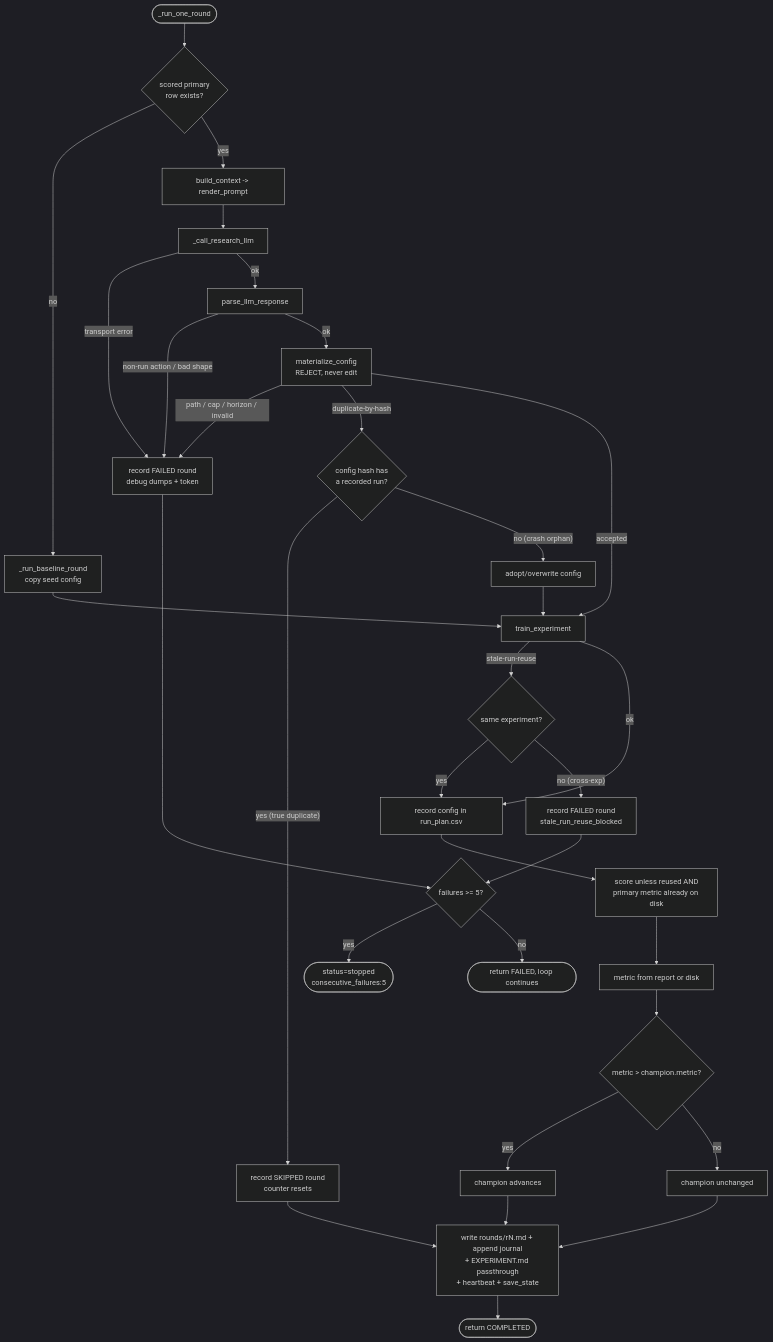
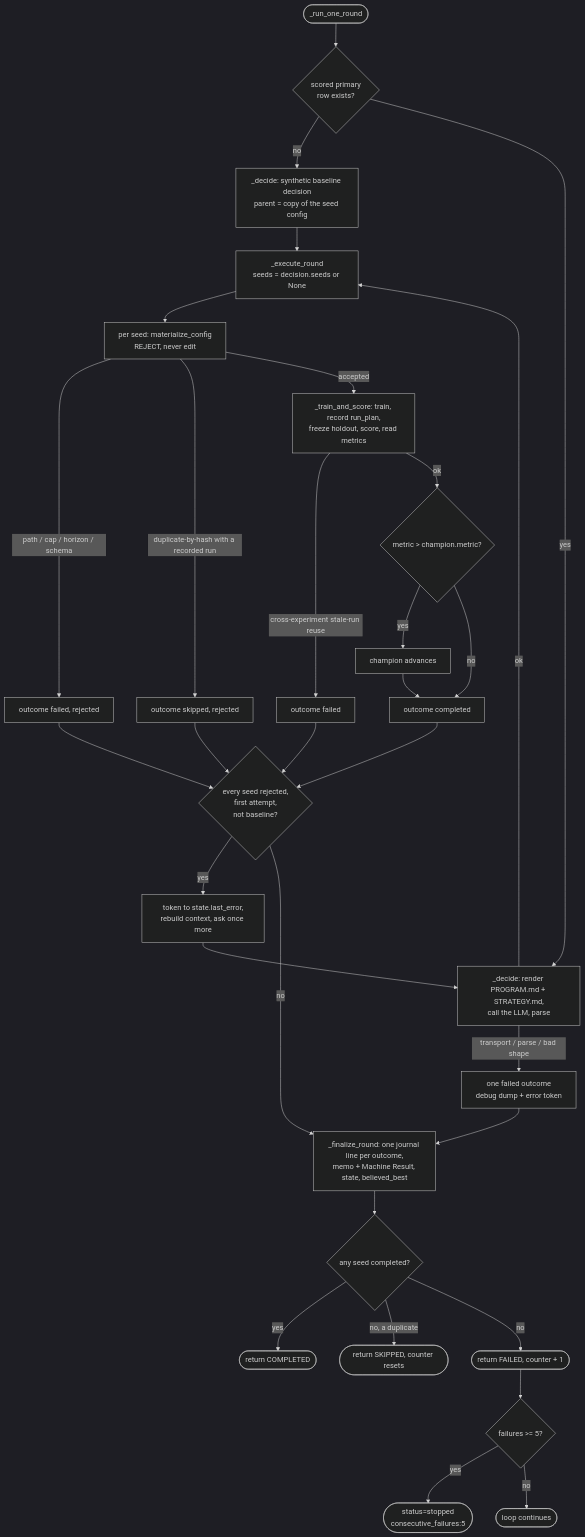
Before and after one commit to dshap474/numereng: the second of 2 diagrams in docs/numereng/reference/agentic-research-state-diagram.md, drawn with Mermaid (dark theme). The commit also changed other lines of this file and 1 other file, not shown here.

Commit message:
docs(agentic): redraw the round state diagram for the merged loop, fix a stale closeout path in the package-validation skill

````diff
--- a/docs/numereng/reference/agentic-research-state-diagram.md
+++ b/docs/numereng/reference/agentic-research-state-diagram.md
@@ -56,41 +58,36 @@
 ```mermaid
 flowchart TD
     Start([_run_one_round]) --> Base{scored primary<br/>row exists?}
 
-    Base -- no --> Baseline[_run_baseline_round<br/>copy seed config]
-    Baseline --> Train
+    Base -- no --> Baseline[_decide: synthetic baseline decision<br/>parent = copy of the seed config]
+    Base -- yes --> Ask[_decide: render PROGRAM.md + STRATEGY.md,<br/>call the LLM, parse]
 
-    Base -- yes --> Ctx[build_context -> render_prompt]
-    Ctx --> LLM[_call_research_llm]
-    LLM -- transport error --> Fail[record FAILED round<br/>debug dumps + token]
-    LLM -- ok --> Parse[parse_llm_response]
-    Parse -- non-run action / bad shape --> Fail
-    Parse -- ok --> Mat[materialize_config<br/>REJECT, never edit]
+    Ask -- transport / parse / bad shape --> Term[one failed outcome<br/>debug dump + error token]
+    Baseline --> Exec
+    Ask -- ok --> Exec[_execute_round<br/>seeds = decision.seeds or None]
 
-    Mat -- path / cap / horizon / invalid --> Fail
-    Mat -- duplicate-by-hash --> Dedup{config hash has<br/>a recorded run?}
-    Dedup -- yes (true duplicate) --> Skip[record SKIPPED round<br/>counter resets]
-    Dedup -- no (crash orphan) --> Adopt[adopt/overwrite config] --> Train
+    Exec --> Mat[per seed: materialize_config<br/>REJECT, never edit]
+    Mat -- path / cap / horizon / schema --> Rejected[outcome failed, rejected]
+    Mat -- duplicate-by-hash with a recorded run --> Dup[outcome skipped, rejected]
+    Mat -- accepted --> Train[_train_and_score: train, record run_plan,<br/>freeze holdout, score, read metrics]
+    Train -- cross-experiment stale-run reuse --> Failed[outcome failed]
+    Train -- ok --> Champ{metric > champion.metric?}
+    Champ -- yes --> Advance[champion advances] --> Ok[outcome completed]
+    Champ -- no --> Ok
 
-    Mat -- accepted --> Train[train_experiment]
-    Train -- stale-run-reuse --> Reuse{same experiment?}
-    Reuse -- yes --> RecordPlan
-    Reuse -- no (cross-exp) --> Fail2[record FAILED round<br/>stale_run_reuse_blocked]
-    Train -- ok --> RecordPlan[record config in run_plan.csv]
+    Rejected --> Gate{every seed rejected,<br/>first attempt,<br/>not baseline?}
+    Dup --> Gate
+    Failed --> Gate
+    Ok --> Gate
+    Gate -- yes --> Retry[token to state.last_error,<br/>rebuild context, ask once more] --> Ask
+    Gate -- no --> Fin
 
-    RecordPlan --> Score[score unless reused AND<br/>primary metric already on disk]
-    Score --> Metric[metric from report or disk]
-    Metric --> Champ{metric > champion.metric?}
-    Champ -- yes --> Advance[champion advances]
-    Champ -- no --> Keep[champion unchanged]
-
-    Advance --> Persist
-    Keep --> Persist[write rounds/rN.md + append journal<br/>+ EXPERIMENT.md passthrough<br/>+ heartbeat + save_state]
-    Persist --> Done([return COMPLETED])
-
-    Skip --> Persist
-    Fail --> CheckBail{failures >= 5?}
-    Fail2 --> CheckBail
-    CheckBail -- yes --> Bail([status=stopped<br/>consecutive_failures:5])
-    CheckBail -- no --> DoneFail([return FAILED, loop continues])
+    Term --> Fin[_finalize_round: one journal line per outcome,<br/>memo + Machine Result, state, believed_best]
+    Fin --> Status{any seed completed?}
+    Status -- yes --> Done([return COMPLETED])
+    Status -- no, a duplicate --> Skip([return SKIPPED, counter resets])
+    Status -- no --> Failr([return FAILED, counter + 1])
+    Failr --> Bail{failures >= 5?}
+    Bail -- yes --> Stop([status=stopped<br/>consecutive_failures:5])
+    Bail -- no --> Cont([loop continues])
 ```
````
